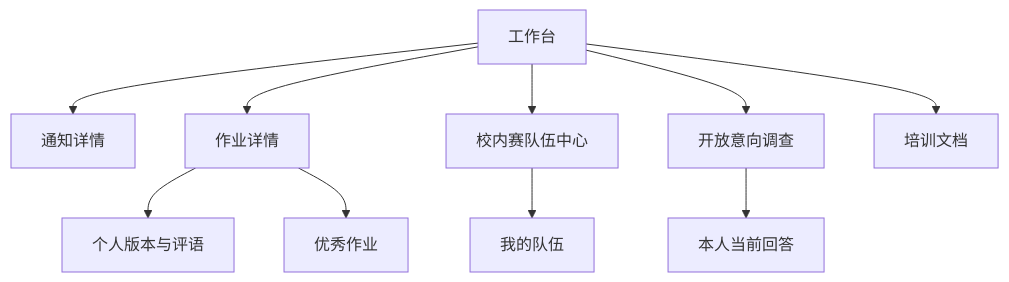
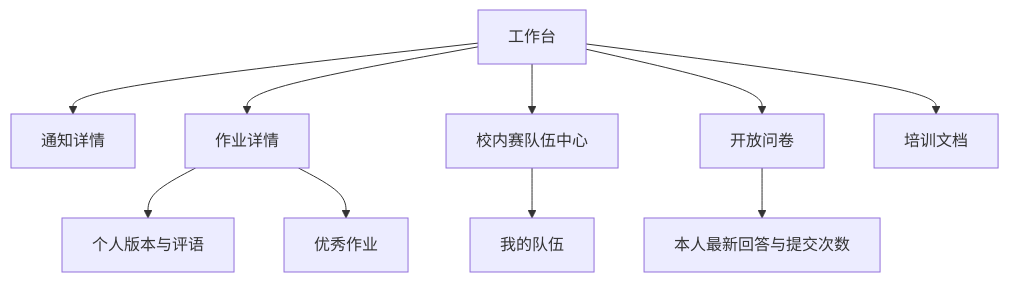
One commit to CosmosMount/homework_system changed the diagram in .agents/docs/02-information-architecture.md. Above: the diagram before and after it, drawn with Mermaid. The commit also changed other lines of this file and 17 other files, not shown here.

````diff
--- a/.agents/docs/02-information-architecture.md
+++ b/.agents/docs/02-information-architecture.md
@@ -76,12 +76,12 @@
 ```mermaid
 flowchart TD
     Dashboard[工作台] --> Announcement[通知详情]
     Dashboard --> Assignment[作业详情]
     Dashboard --> Competition[校内赛队伍中心]
-    Dashboard --> Intention[开放意向调查]
+    Dashboard --> Intention[开放问卷]
     Dashboard --> Knowledge[培训文档]
     Assignment --> Submission[个人版本与评语]
     Competition --> Team[我的队伍]
-    Intention --> Response[本人当前回答]
+    Intention --> Response[本人最新回答与提交次数]
     Assignment --> ExcellentWork[优秀作业]
 ```
````
